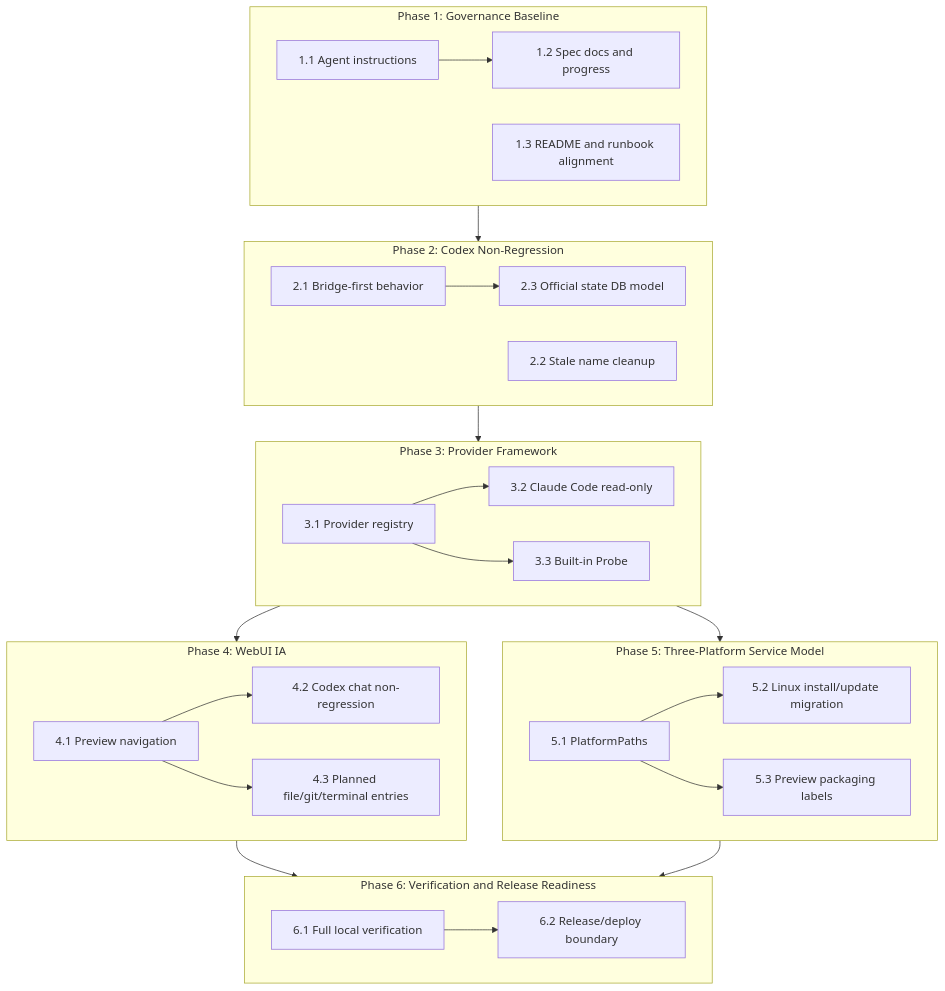
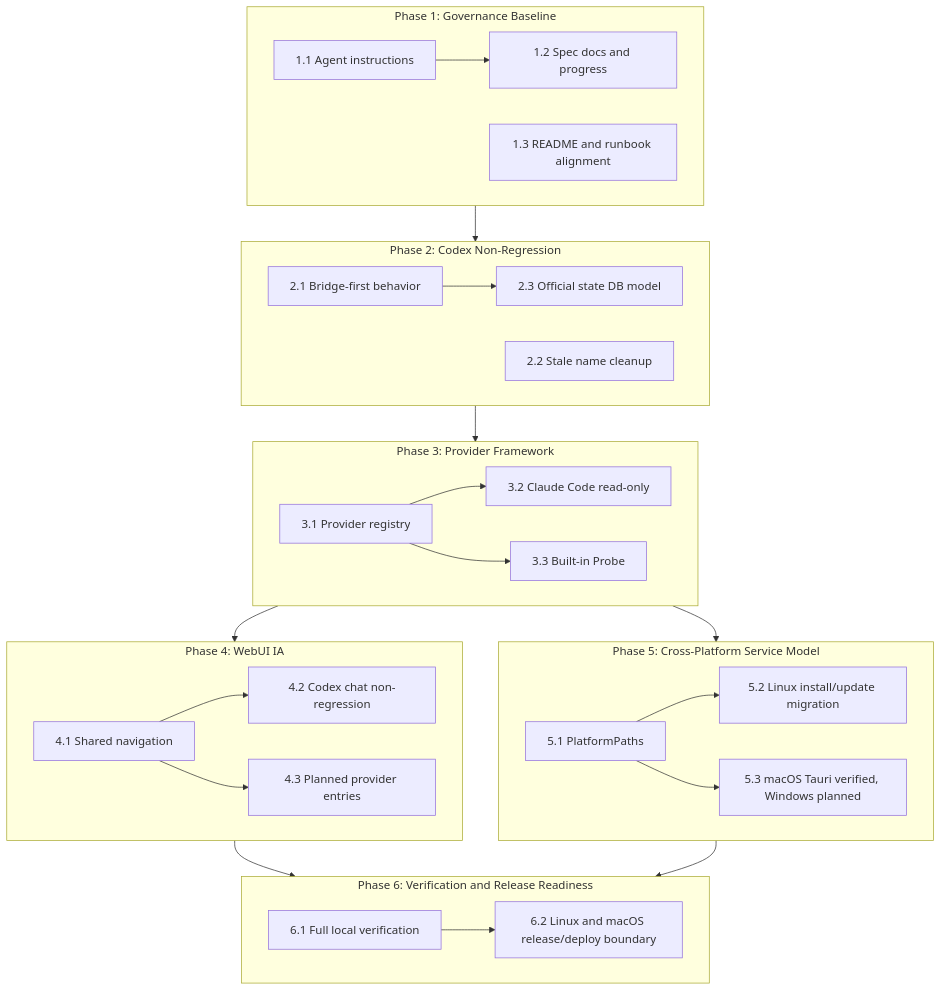
Before and after one commit to lich13/nexushub: the diagram in docs/plan/dependency-graph.md, drawn with Mermaid. The commit also changed 32 other files, not shown here.

````diff
--- a/docs/plan/dependency-graph.md
+++ b/docs/plan/dependency-graph.md
@@ -3,53 +3,53 @@
 ```mermaid
 graph TD
     subgraph P1 [Phase 1: Governance Baseline]
         T11[1.1 Agent instructions]
         T12[1.2 Spec docs and progress]
         T13[1.3 README and runbook alignment]
         T11 --> T12
     end
 
     subgraph P2 [Phase 2: Codex Non-Regression]
         T21[2.1 Bridge-first behavior]
         T22[2.2 Stale name cleanup]
         T23[2.3 Official state DB model]
         T21 --> T23
     end
 
     subgraph P3 [Phase 3: Provider Framework]
         T31[3.1 Provider registry]
         T32[3.2 Claude Code read-only]
         T33[3.3 Built-in Probe]
         T31 --> T32
         T31 --> T33
     end
 
     subgraph P4 [Phase 4: WebUI IA]
-        T41[4.1 Preview navigation]
+        T41[4.1 Shared navigation]
         T42[4.2 Codex chat non-regression]
-        T43[4.3 Planned file/git/terminal entries]
+        T43[4.3 Planned provider entries]
         T41 --> T42
         T41 --> T43
     end
 
-    subgraph P5 [Phase 5: Three-Platform Service Model]
+    subgraph P5 [Phase 5: Cross-Platform Service Model]
         T51[5.1 PlatformPaths]
         T52[5.2 Linux install/update migration]
-        T53[5.3 Preview packaging labels]
+        T53[5.3 macOS Tauri verified, Windows planned]
         T51 --> T52
         T51 --> T53
     end
 
     subgraph P6 [Phase 6: Verification and Release Readiness]
         T61[6.1 Full local verification]
-        T62[6.2 Release/deploy boundary]
+        T62[6.2 Linux and macOS release/deploy boundary]
         T61 --> T62
     end
 
     P1 --> P2
     P2 --> P3
     P3 --> P4
     P3 --> P5
     P4 --> P6
     P5 --> P6
 ```
````
